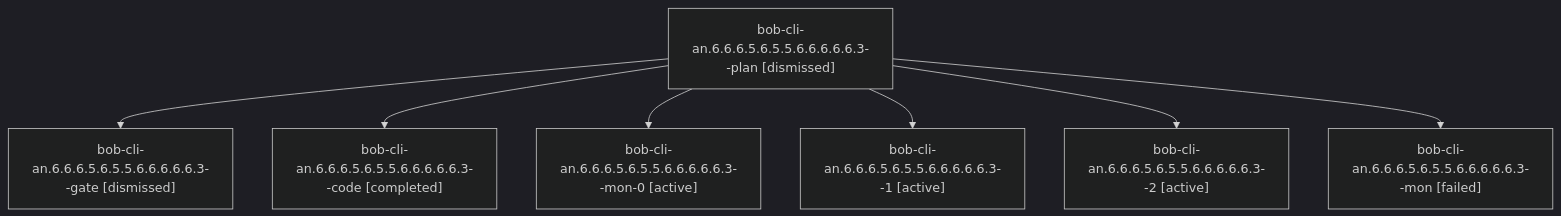
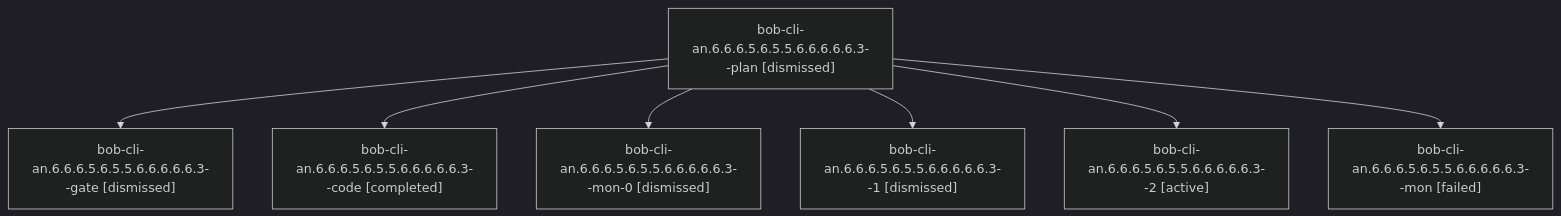
Before and after one commit to bobs-org/bob-cli--agents: the diagram in sessions/bbugyi200.athena.bob-cli-an.6.6.6.5.6.5.5.6.6.6.6.6.3.md, drawn with Mermaid (dark theme). The commit also changed other lines of this file and 553 other files, not shown here.

````diff
--- a/sessions/bbugyi200.athena.bob-cli-an.6.6.6.5.6.5.5.6.6.6.6.6.3.md
+++ b/sessions/bbugyi200.athena.bob-cli-an.6.6.6.5.6.5.5.6.6.6.6.6.3.md
@@ -9,16 +9,16 @@
 ```mermaid
 flowchart TD
   n0["bob-cli-an.6.6.6.5.6.5.5.6.6.6.6.6.3--plan [dismissed]"]
   n1["bob-cli-an.6.6.6.5.6.5.5.6.6.6.6.6.3--gate [dismissed]"]
   n0 --> n1
   n2["bob-cli-an.6.6.6.5.6.5.5.6.6.6.6.6.3--code [completed]"]
   n0 --> n2
-  n3["bob-cli-an.6.6.6.5.6.5.5.6.6.6.6.6.3--mon-0 [active]"]
+  n3["bob-cli-an.6.6.6.5.6.5.5.6.6.6.6.6.3--mon-0 [dismissed]"]
   n0 --> n3
-  n4["bob-cli-an.6.6.6.5.6.5.5.6.6.6.6.6.3--1 [active]"]
+  n4["bob-cli-an.6.6.6.5.6.5.5.6.6.6.6.6.3--1 [dismissed]"]
   n0 --> n4
   n5["bob-cli-an.6.6.6.5.6.5.5.6.6.6.6.6.3--2 [active]"]
   n0 --> n5
   n6["bob-cli-an.6.6.6.5.6.5.5.6.6.6.6.6.3--mon [failed]"]
   n0 --> n6
 ```
````
